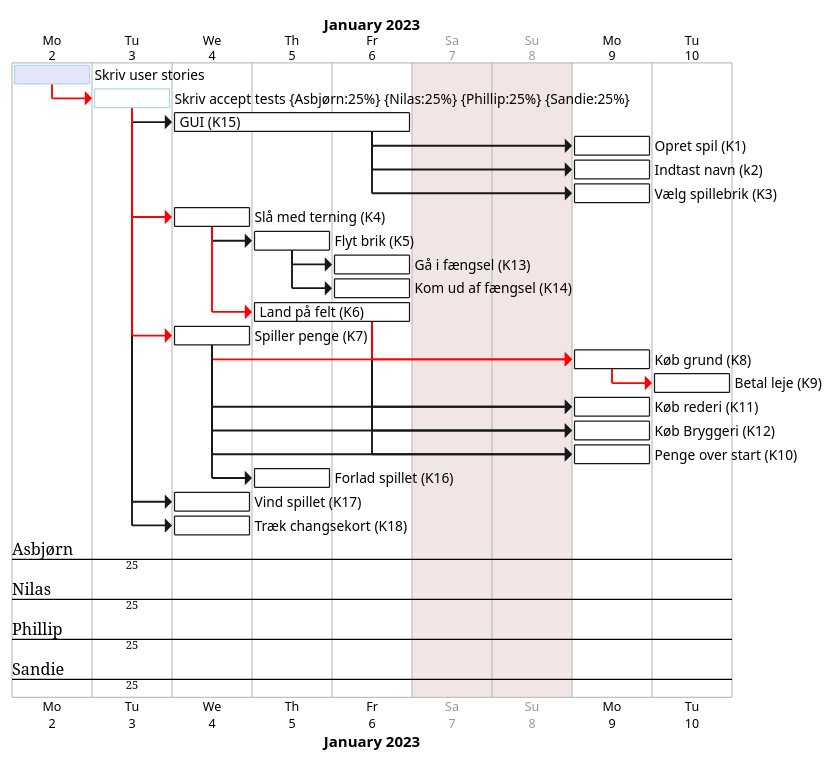
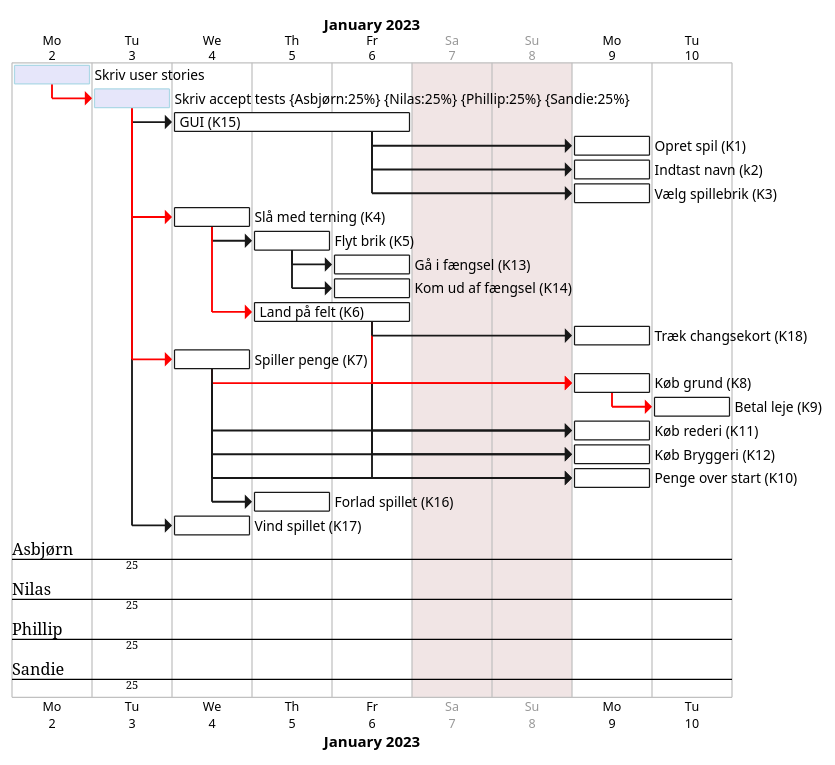
One commit to Gruppe-10-DTU/CDIO-FINAL changed the diagram in Gantt.puml. Above: the diagram before and after it, drawn with PlantUML.

Commit message:
Gantt update again

```diff
--- a/Gantt.puml
+++ b/Gantt.puml
@@ -1,111 +1,114 @@
 @startgantt
 printscale daily zoom 4
 saturday are closed
 sunday are closed
 
 Project starts the 2nd of january 2023
 
 [Skriv user stories] as [TASK1] lasts 1 days
 [TASK1] is colored in Lavender/LightBlue
 [TASK1] is 100% complete
 
 [Skriv accept tests] as [TASK2] on {Asbjørn:25%} {Nilas:25%} {Phillip:25%} {Sandie:25%} lasts 1 days
 [TASK2] is colored in Lavender/LightBlue
-[TASK2] is 0% complete
+[TASK2] is 100% complete
 
 [GUI (K15)] as [K15] lasts 3 days
 [K15] is 0% complete
 
 [Opret spil (K1)] as [K1] lasts 1 days
 [K1] is 0% complete
 
 [Indtast navn (k2)] as [K2] lasts 1 days
 [K2] is 0% complete
 
 [Vælg spillebrik (K3)] as [K3] lasts 1 days
 [K3] is 0% complete
 
 
 
 [Slå med terning (K4)] as [K4] lasts 1 days
 [K4] is 0% complete
 
 [Flyt brik (K5)] as [K5] lasts 1 days
 [K5] is 0% complete
 
 
 
 [Gå i fængsel (K13)] as [K13] lasts 1 days
 [K13] is 0% complete
 
 [Kom ud af fængsel (K14)] as [K14] lasts 1 days
 [K14] is 0% complete
 
 [Land på felt (K6)] as [K6] lasts 2 days
 [K6] is 0% complete
 
+[Træk changsekort (K18)] as [K18] lasts 1 days
+[K18] is 0% complete
+
 [Spiller penge (K7)] as [K7] lasts 1 days
 [K7] is 0% complete
 
 [Køb grund (K8)] as [K8] lasts 1 days
 [K8] is 0% complete
 
 
 [Betal leje (K9)] as [K9] lasts 1 days
 [K9] is 0% complete
 
 [Køb rederi (K11)] as [K11] lasts 1 days
 [K11] is 0% complete
 
 [Køb Bryggeri (K12)] as [K12] lasts 1 days
 [K12] is 0% complete
 
 
 
 [Penge over start (K10)] as [K10] lasts 1 days
 [K10] is 0% complete
 
 
 
 
 [Forlad spillet (K16)] as [K16] lasts 1 days
 [K16] is 0% complete
 
 [Vind spillet (K17)] as [K17] lasts 1 days
 [K17] is 0% complete
 
-[Træk changsekort (K18)] as [K18] lasts 1 days
-[K18] is 0% complete
+
 
 
 [TASK1]-[#FF0000]->[TASK2]
 [TASK2]->[K15]
 [TASK2]->[K17]
-[TASK2]->[K18]
+
 [TASK2]-[#FF0000]->[K7]
 [TASK2]-[#FF0000]->[K4]
 
 [K15]->[K1]
 [K15]->[K2]
 [K15]->[K3]
 
 [K4]->[K5]
 [K4]-[#FF0000]->[K6]
 
 [K7]->[K11]
 [K6]->[K11]
 [K7]->[K12]
 [K6]->[K12]
 [K7]->[K10]
 [K6]->[K10]
 [K7]-[#FF0000]->[K8]
 [K6]-[#FF0000]->[K8]
+[K6]->[K18]
 
 [K7]->[K16]
 
 [K8]-[#FF0000]->[K9]
 
 [K5]->[K13]
 [K5]->[K14]
 
 @endgantt
```
